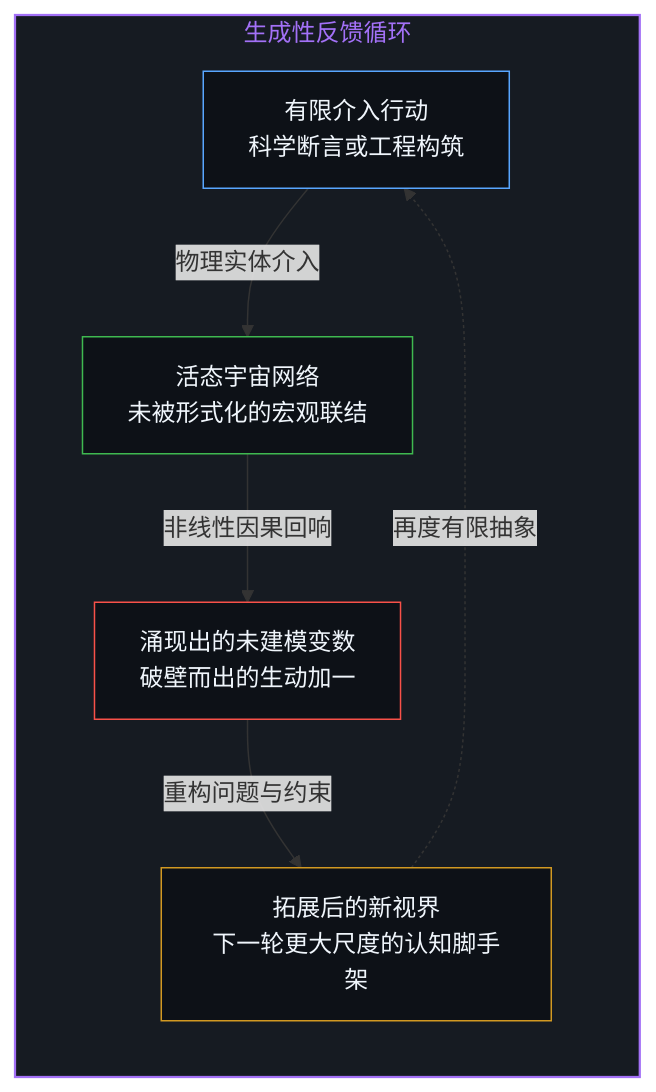
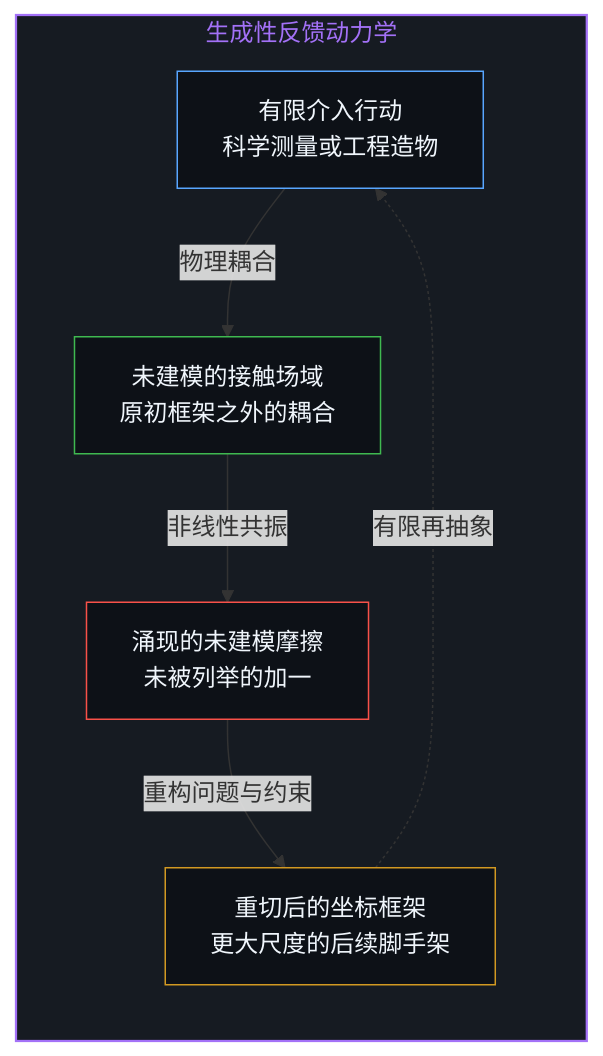
One commit to powerpig99/not-a-toe changed the third of 4 diagrams in content/posts/the-closed-n-and-the-open-reality.md. Above: the diagram before and after it, drawn with Mermaid. The commit also changed other lines of this file and 13 other files, not shown here.

````diff
--- a/content/posts/the-closed-n-and-the-open-reality.md
+++ b/content/posts/the-closed-n-and-the-open-reality.md
@@ -97,19 +97,19 @@
 ```mermaid
 flowchart TD
-    subgraph S_FEEDBACK[" 生成性反馈循环 "]
+    subgraph S_FEEDBACK[" 生成性反馈动力学 "]
         direction TB
-        NODE_ACT["有限介入行动<br/>科学断言或工程构筑"]
-        NODE_WORLD["活态宇宙网络<br/>未被形式化的宏观联结"]
-        NODE_NEW["涌现出的未建模变数<br/>破壁而出的生动加一"]
-        NODE_NEXT["拓展后的新视界<br/>下一轮更大尺度的认知脚手架"]
+        NODE_ACT["有限介入行动<br/>科学测量或工程造物"]
+        NODE_WORLD["未建模的接触场域<br/>原初框架之外的耦合"]
+        NODE_NEW["涌现的未建模摩擦<br/>未被列举的加一"]
+        NODE_NEXT["重切后的坐标框架<br/>更大尺度的后续脚手架"]
     end
-    NODE_ACT -->|物理实体介入| NODE_WORLD
-    NODE_WORLD -->|非线性因果回响| NODE_NEW
+    NODE_ACT -->|物理耦合| NODE_WORLD
+    NODE_WORLD -->|非线性共振| NODE_NEW
     NODE_NEW -->|重构问题与约束| NODE_NEXT
-    NODE_NEXT -.->|再度有限抽象| NODE_ACT
+    NODE_NEXT -.->|有限再抽象| NODE_ACT
     style S_FEEDBACK fill:#161b22,stroke:#a371f7,stroke-width:1.5px,color:#a371f7
     style NODE_ACT fill:#0d1117,stroke:#58a6ff,stroke-width:1px,color:#f0f6fc
     style NODE_WORLD fill:#0d1117,stroke:#3fb950,stroke-width:1px,color:#f0f6fc
     style NODE_NEW fill:#0d1117,stroke:#f85149,stroke-width:1px,color:#f0f6fc
     style NODE_NEXT fill:#0d1117,stroke:#d29922,stroke-width:1px,color:#f0f6fc
 ```
````
